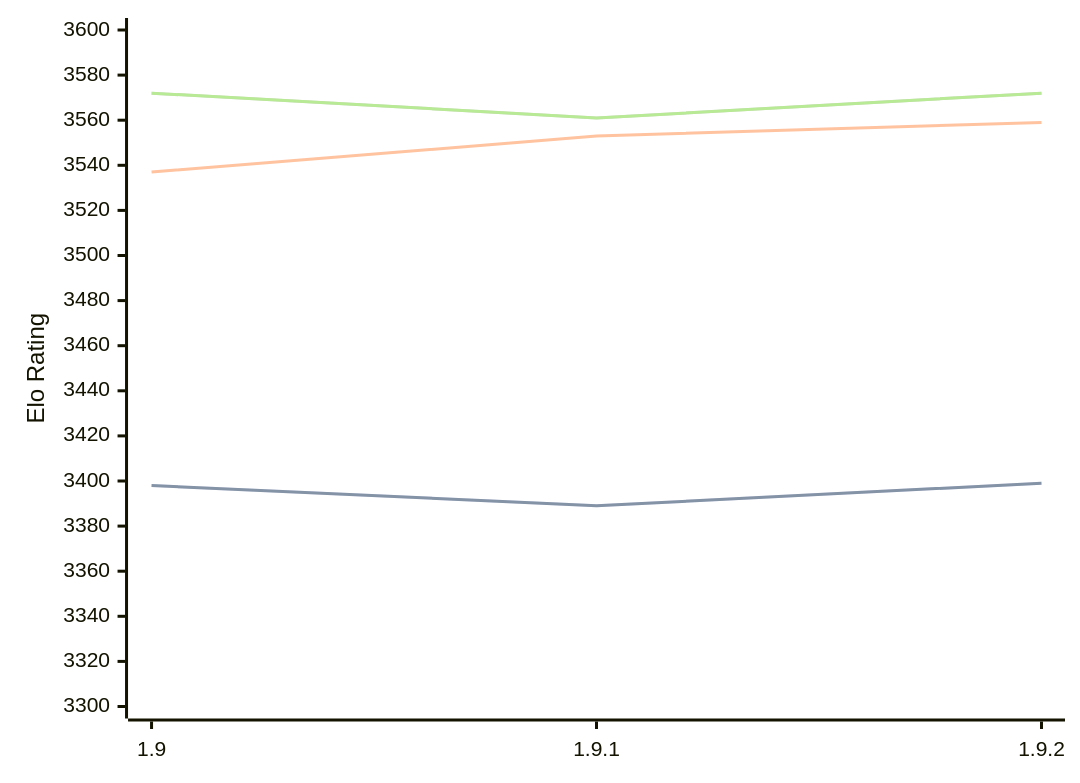
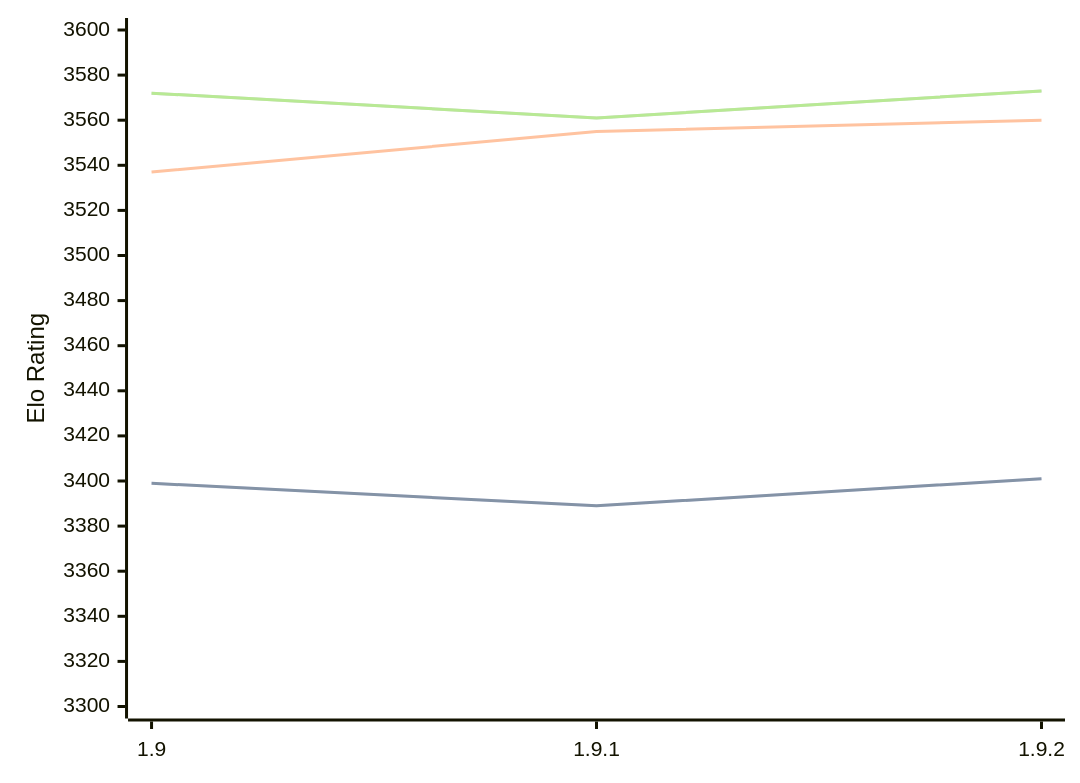
The diagram in engines/Pawnocchio.md (computer-chess-index/cci), drawn with Mermaid before and after one commit. The commit also changed other lines of this file, not shown here.

Commit message:
Update CCI Ratings (ELO VLTC) - 2026-03-28

````diff
--- a/engines/Pawnocchio.md
+++ b/engines/Pawnocchio.md
@@ -48,11 +48,11 @@
 ```mermaid
 %%{init: {"theme":"base","themeVariables":{"seriesColors:['#a3a3a3','#222221','#faa371']}}}%%
 xychart-beta
   x-axis ["1.9", "1.9.1", "1.9.2"]
   y-axis "Elo Rating" 3300 --> 3600
-  line "STC (8.0+0.08s)" [3398, 3389, 3399]
-  line "STC (8.0+0.08s)" [3398, 3389, 3399]
-  line "LTC (60.0+0.60s)" [3537, 3553, 3559]
-  line "VLTC (2m24s+1.12s)" [3572, 3561, 3572]
-  line "VLTC (2m24s+1.12s)" [3572, 3561, 3572]
+  line "STC (8.0+0.08s)" [3399, 3389, 3401]
+  line "STC (8.0+0.08s)" [3399, 3389, 3401]
+  line "LTC (60.0+0.60s)" [3537, 3555, 3560]
+  line "VLTC (2m24s+1.12s)" [3572, 3561, 3573]
+  line "VLTC (2m24s+1.12s)" [3572, 3561, 3573]
 ```
````
